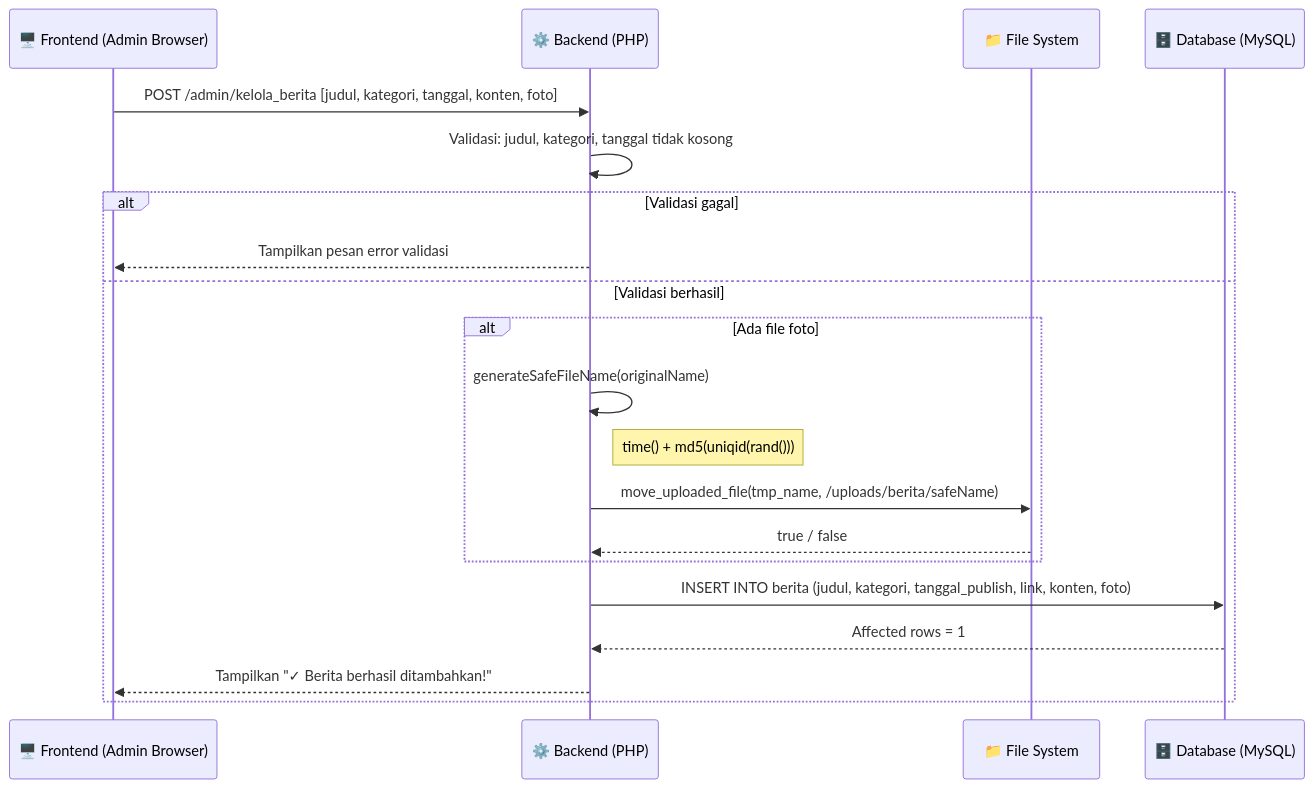
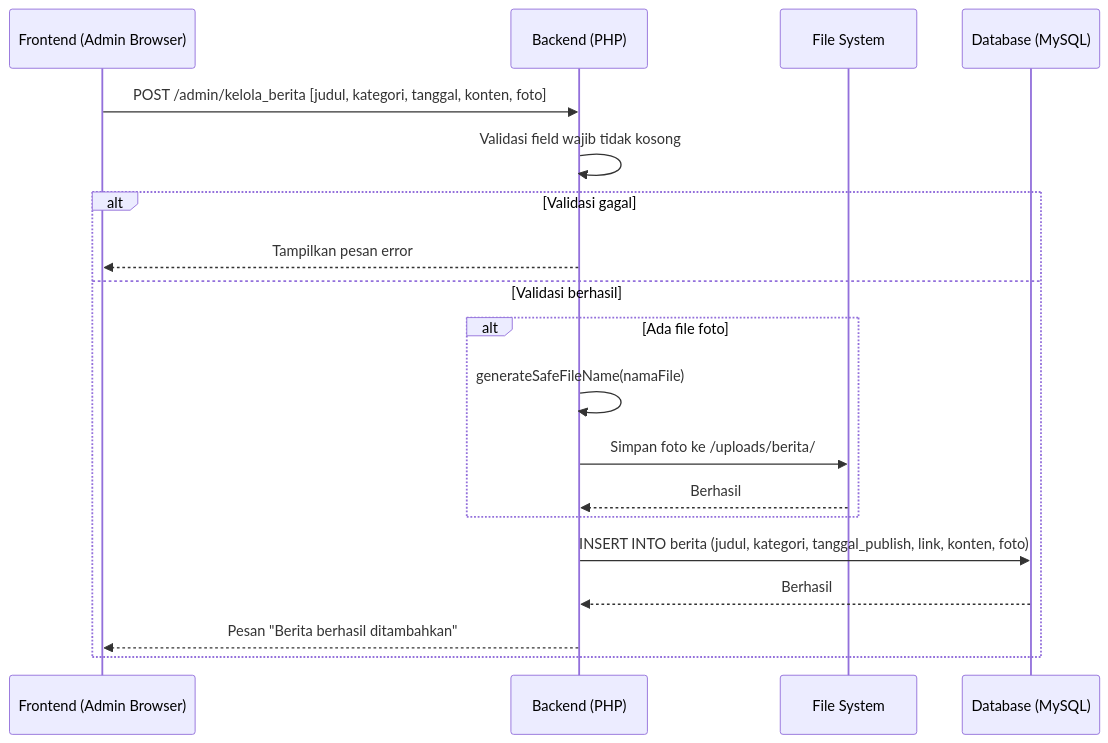
Before and after one commit to arbain-dev/Web_fikom: the second of 11 diagrams in docs/02_SEQUENCE_DIAGRAM.md, drawn with Mermaid. The commit also changed other lines of this file, not shown here.

Commit message:
docs(seq): buat ulang sequence diagram dengan penjelasan naratif sederhana di bawah setiap diagram

````diff
--- a/docs/02_SEQUENCE_DIAGRAM.md
+++ b/docs/02_SEQUENCE_DIAGRAM.md
@@ -49,23 +46,22 @@
 ```mermaid
 sequenceDiagram
-    participant FE as 🖥️ Frontend (Admin Browser)
-    participant BE as ⚙️ Backend (PHP)
-    participant FS as 📁 File System
-    participant DB as 🗄️ Database (MySQL)
+    participant FE as Frontend (Admin Browser)
+    participant BE as Backend (PHP)
+    participant FS as File System
+    participant DB as Database (MySQL)
 
     FE->>BE: POST /admin/kelola_berita [judul, kategori, tanggal, konten, foto]
-    BE->>BE: Validasi: judul, kategori, tanggal tidak kosong
+    BE->>BE: Validasi field wajib tidak kosong
     alt Validasi gagal
-        BE-->>FE: Tampilkan pesan error validasi
+        BE-->>FE: Tampilkan pesan error
     else Validasi berhasil
         alt Ada file foto
-            BE->>BE: generateSafeFileName(originalName)
-            Note right of BE: time() + md5(uniqid(rand()))
-            BE->>FS: move_uploaded_file(tmp_name, /uploads/berita/safeName)
-            FS-->>BE: true / false
+            BE->>BE: generateSafeFileName(namaFile)
+            BE->>FS: Simpan foto ke /uploads/berita/
+            FS-->>BE: Berhasil
         end
         BE->>DB: INSERT INTO berita (judul, kategori, tanggal_publish, link, konten, foto)
-        DB-->>BE: Affected rows = 1
-        BE-->>FE: Tampilkan "✓ Berita berhasil ditambahkan!"
+        DB-->>BE: Berhasil
+        BE-->>FE: Pesan "Berita berhasil ditambahkan"
     end
 ```
````
